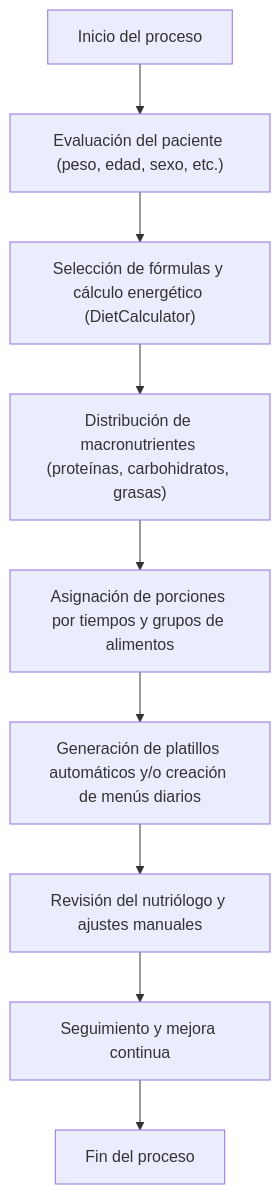
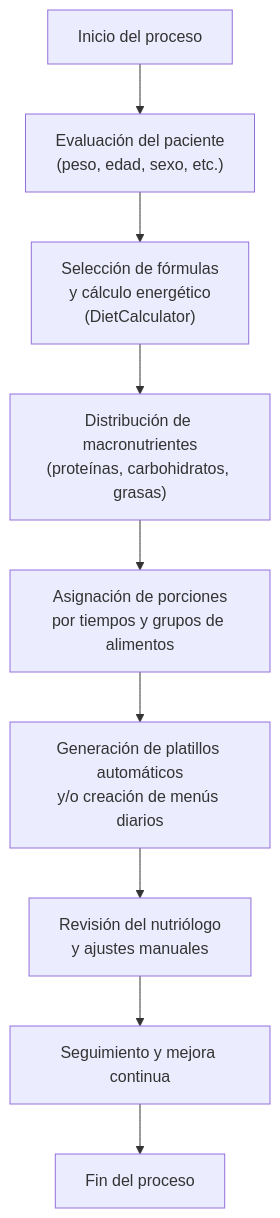
Before and after one commit to Inmunolabs/multinature-docs: the diagram in 00_Overview/Business_Rules/nutriologos/flujo-logico-tecnico.md, drawn with Mermaid.

Commit message:
feat: update until 10.31.2025

````diff
--- a/00_Overview/Business_Rules/nutriologos/flujo-logico-tecnico.md
+++ b/00_Overview/Business_Rules/nutriologos/flujo-logico-tecnico.md
@@ -305,12 +305,11 @@
 ```mermaid
 flowchart TD
-  A["Inicio del proceso"] --> B["Evaluación del paciente (peso, edad, sexo, etc.)"]
-  B --> C["Selección de fórmulas y cálculo energético (DietCalculator)"]
-  C --> D["Distribución de macronutrientes (proteínas, carbohidratos, grasas)"]
-  D --> E["Asignación de porciones por tiempos y grupos de alimentos"]
-  E --> F["Generación de platillos automáticos y/o creación de menús diarios"]
-  F --> G["Revisión del nutriólogo y ajustes manuales"]
+  A["Inicio del proceso"] --> B["Evaluación del paciente<br>(peso, edad, sexo, etc.)"]
+  B --> C["Selección de fórmulas<br>y cálculo energético<br>(DietCalculator)"]
+  C --> D["Distribución de macronutrientes<br>(proteínas, carbohidratos, grasas)"]
+  D --> E["Asignación de porciones<br>por tiempos y grupos de alimentos"]
+  E --> F["Generación de platillos automáticos<br>y/o creación de menús diarios"]
+  F --> G["Revisión del nutriólogo<br>y ajustes manuales"]
   G --> H["Seguimiento y mejora continua"]
   H --> I["Fin del proceso"]
-
 ```
````
